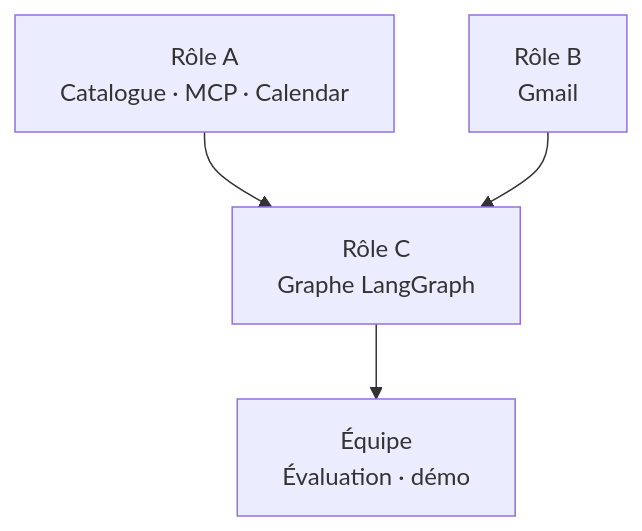
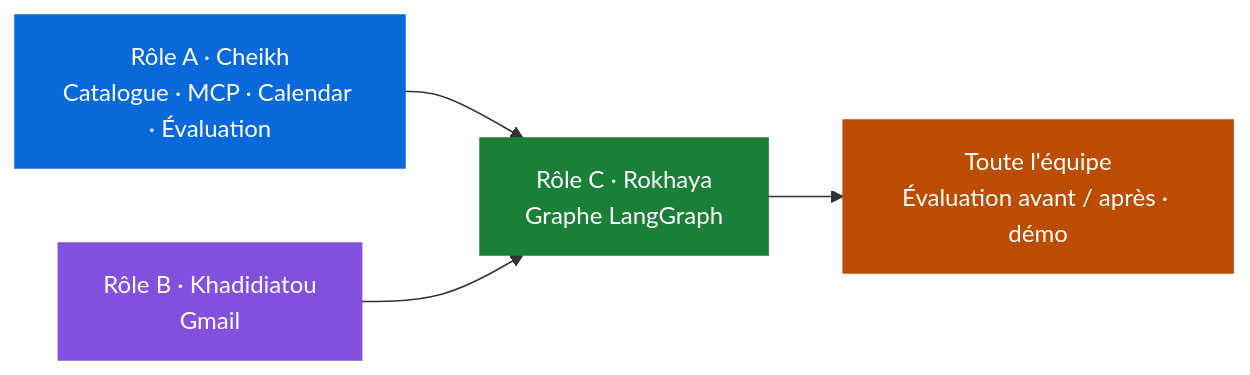
One commit to khadijagueye235/sama-ker-agent changed the fourth of 7 diagrams in README.md. Above: the diagram before and after it, drawn with Mermaid. The commit also changed other lines of this file and 12 other files, not shown here.

````diff
--- a/README.md
+++ b/README.md
@@ -184,6 +190,10 @@
 ```mermaid
-flowchart TB
-    A["Rôle A<br/>Catalogue · MCP · Calendar"] --> C["Rôle C<br/>Graphe LangGraph"]
-    B["Rôle B<br/>Gmail"] --> C
-    C --> E["Équipe<br/>Évaluation · démo"]
+flowchart LR
+    A["Rôle A · Cheikh<br/>Catalogue · MCP · Calendar · Évaluation"] --> C["Rôle C · Rokhaya<br/>Graphe LangGraph"]
+    B["Rôle B · Khadidiatou<br/>Gmail"] --> C
+    C --> E["Toute l'équipe<br/>Évaluation avant / après · démo"]
+    style A fill:#0969da,color:#fff,stroke:#0969da
+    style B fill:#8250df,color:#fff,stroke:#8250df
+    style C fill:#1a7f37,color:#fff,stroke:#1a7f37
+    style E fill:#bc4c00,color:#fff,stroke:#bc4c00
 ```
````
